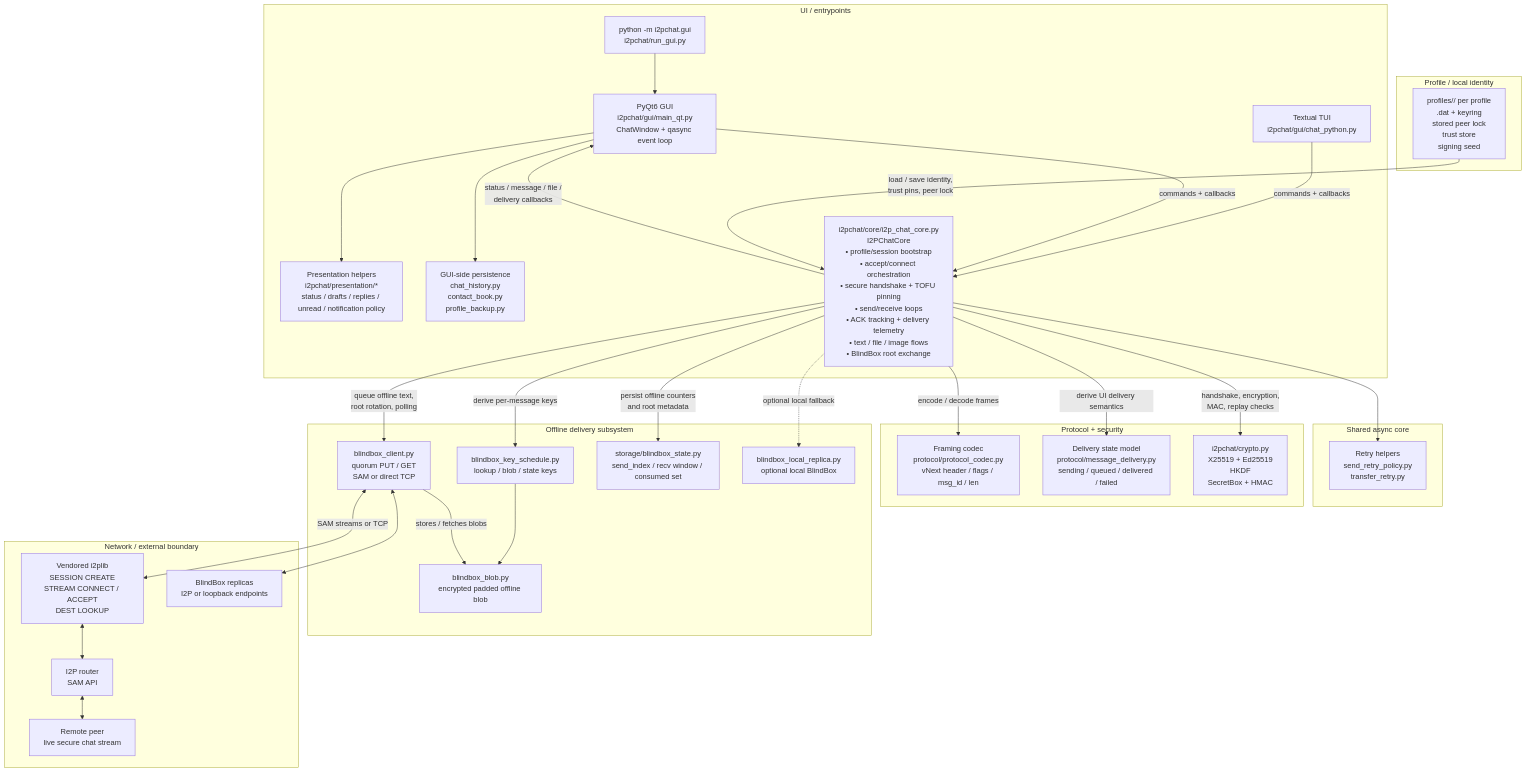
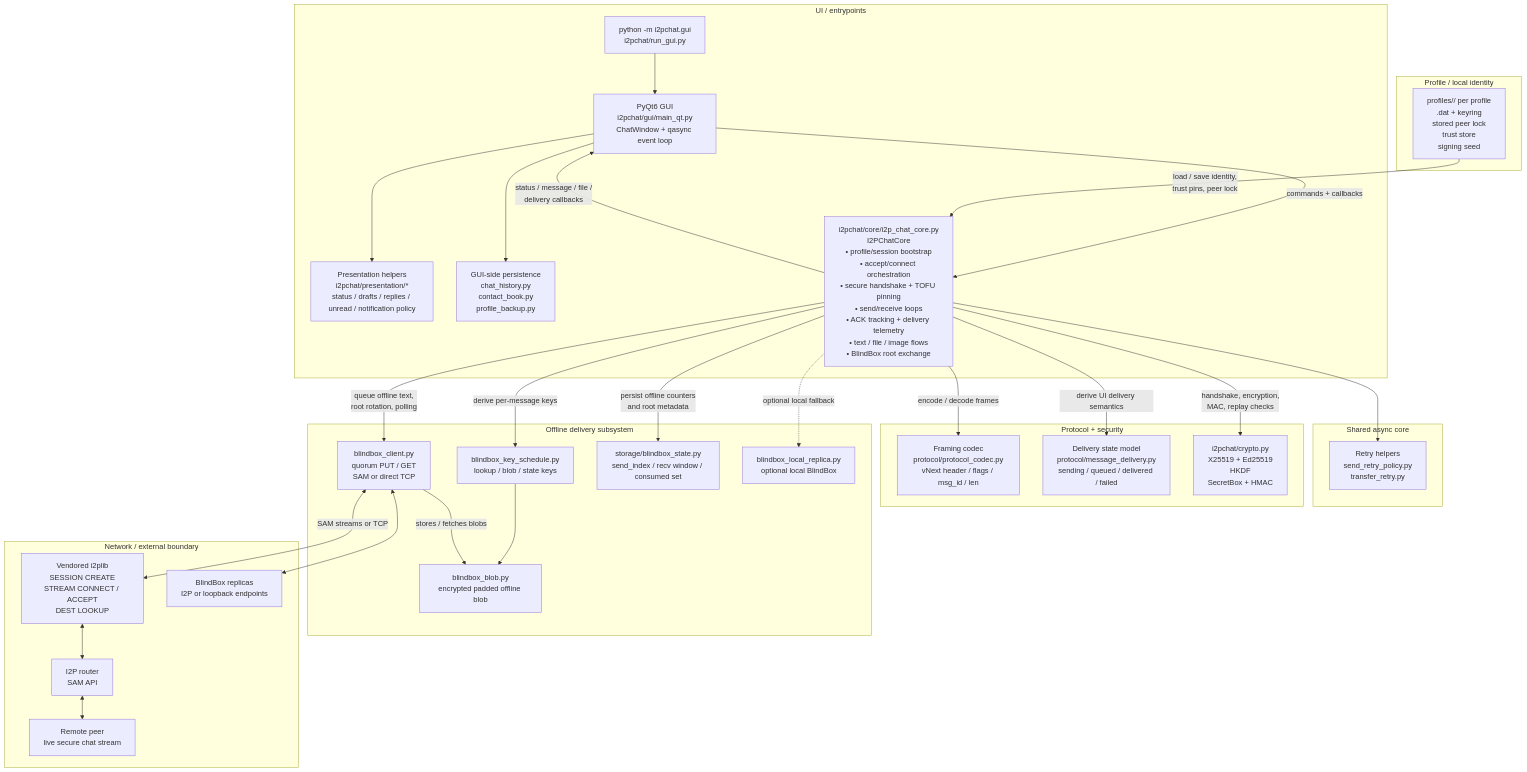
One commit to MetanoicArmor/I2PChat changed the diagram in README.md. Above: the diagram before and after it, drawn with Mermaid. The commit also changed other lines of this file, not shown here.

First line of the commit message:
docs(readme): document terminal UI launch via chat_python

```diff
--- a/README.md
+++ b/README.md
@@ -75,8 +75,6 @@
         qt["PyQt6 GUI
 i2pchat/gui/main_qt.py
 ChatWindow + qasync event loop"]
-        tui["Textual TUI
-i2pchat/gui/chat_python.py"]
         present["Presentation helpers
 i2pchat/presentation/*
 status / drafts / replies / unread / notification policy"]
@@ -87,7 +85,6 @@
         run --> qt
         qt --> present
         qt --> guiStore
-        tui -->|"commands + callbacks"| core
         qt -->|"commands + callbacks"| core
     end
 
```
